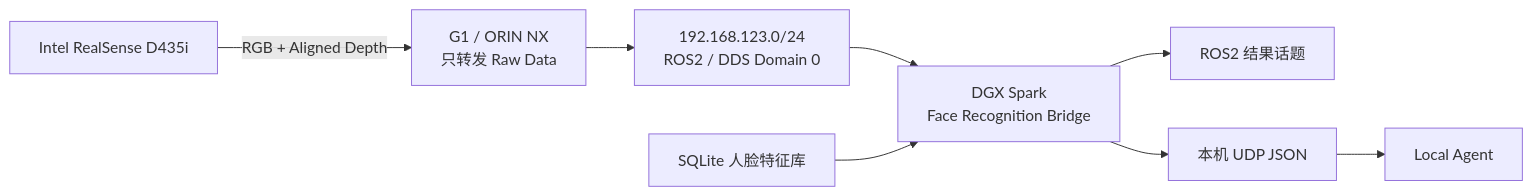
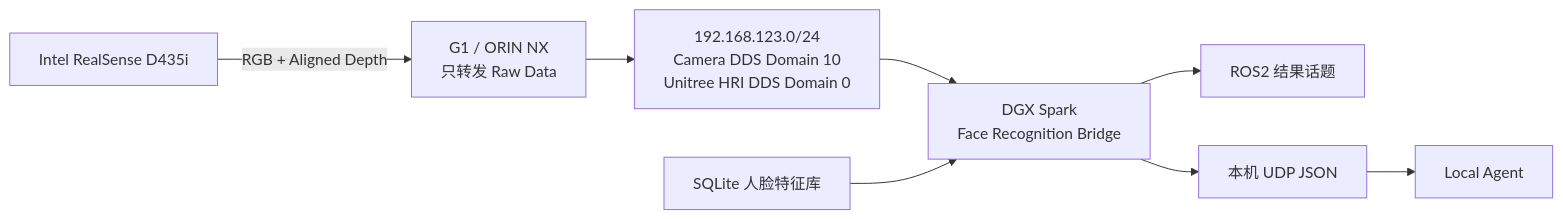
The diagram in README.md (STAR-MOON-48/G1_Vision), drawn with Mermaid before and after one commit. The commit also changed other lines of this file and 18 other files, not shown here.

````diff
--- a/README.md
+++ b/README.md
@@ -11,17 +14,17 @@
 ```mermaid
 flowchart LR
     D435["Intel RealSense D435i"]
     ORIN["G1 / ORIN NX<br/>只转发 Raw Data"]
-    LAN["192.168.123.0/24<br/>ROS2 / DDS Domain 0"]
+    LAN["192.168.123.0/24<br/>Camera DDS Domain 10<br/>Unitree HRI DDS Domain 0"]
     BRIDGE["DGX Spark<br/>Face Recognition Bridge"]
     DB["SQLite 人脸特征库"]
     ROS["ROS2 结果话题"]
     UDP["本机 UDP JSON"]
     AGENT["Local Agent"]
 
     D435 -->|RGB + Aligned Depth| ORIN
     ORIN --> LAN --> BRIDGE
     DB --> BRIDGE
     BRIDGE --> ROS
     BRIDGE --> UDP --> AGENT
 ```
````
